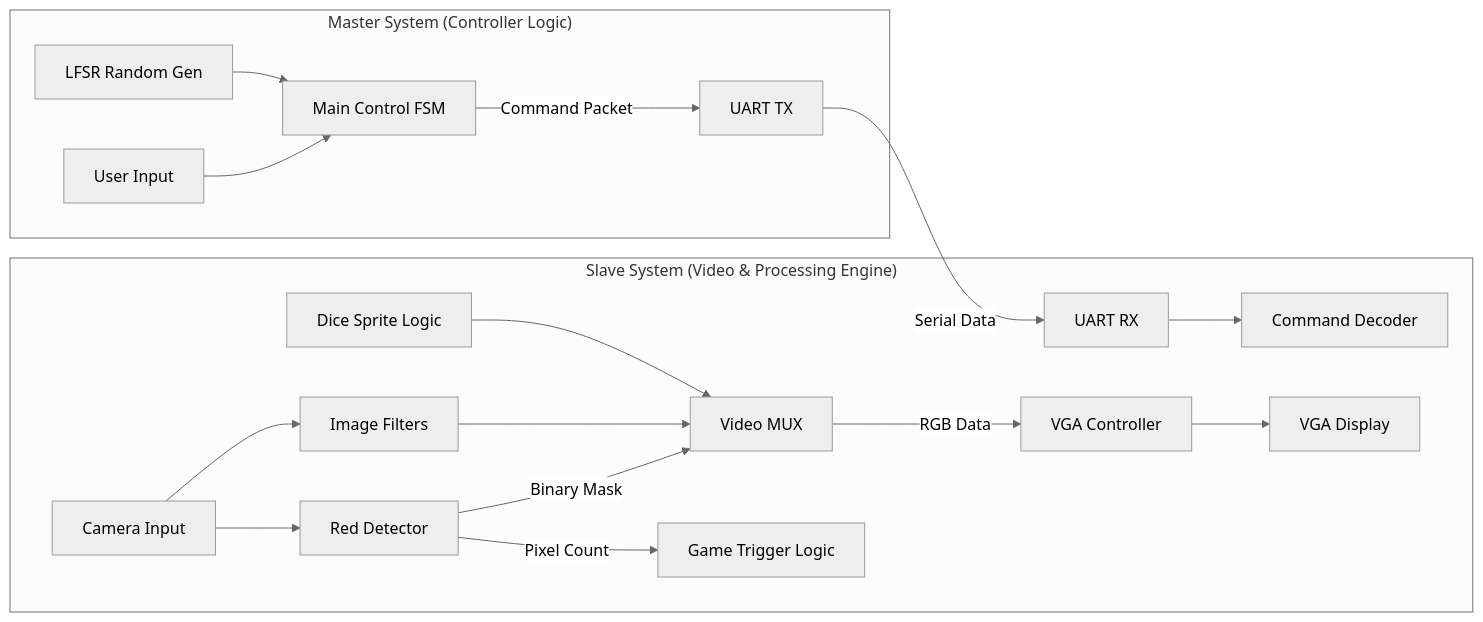
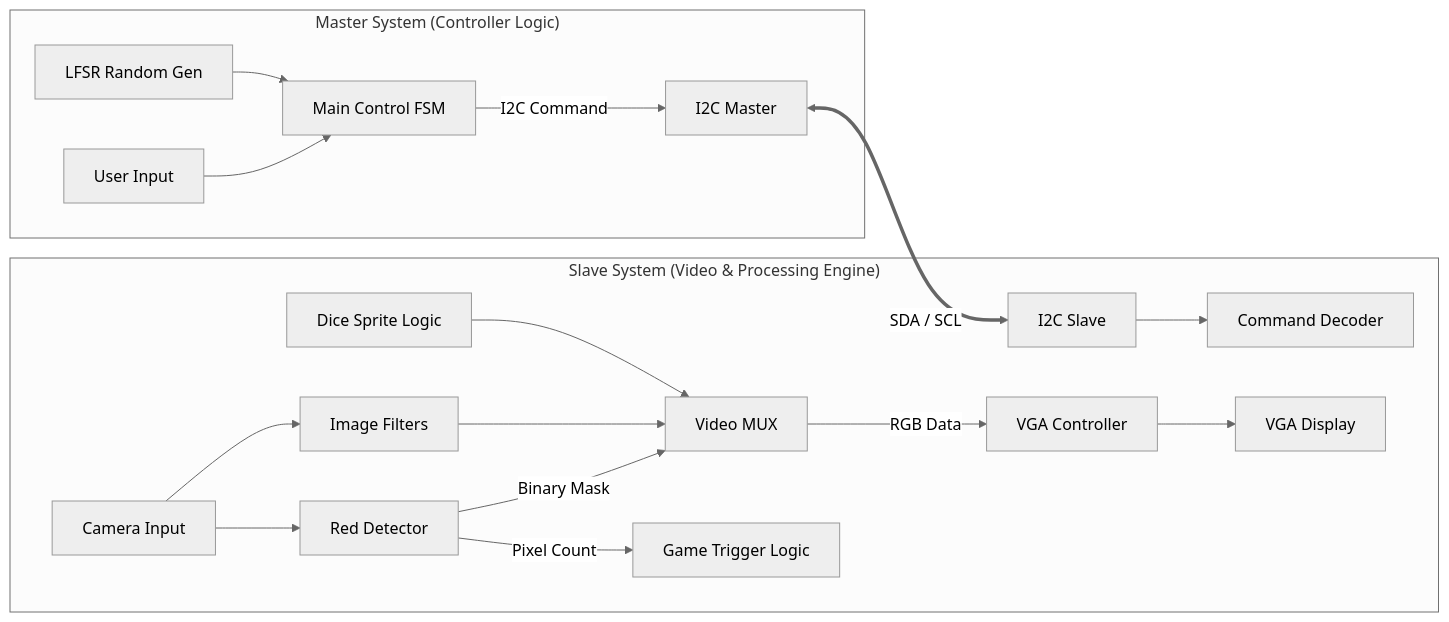
One commit to hyun1006/Real-time-VGA-Processing-Filter-Dice-Game changed the diagram in README.md. Above: the diagram before and after it, drawn with Mermaid (neutral theme). The commit also changed other lines of this file, not shown here.

````diff
--- a/README.md
+++ b/README.md
@@ -67,26 +85,26 @@
 ```mermaid
 graph LR
     subgraph "Master System (Controller Logic)"
-        UI[User Input] --> FSM_M[Main Control FSM]
-        LFSR[LFSR Random Gen] --> FSM_M
-        FSM_M -->|Command Packet| TX[UART TX]
+        UI["User Input"] --> FSM_M["Main Control FSM"]
+        LFSR["LFSR Random Gen"] --> FSM_M
+        FSM_M -->|"I2C Command"| I2C_M["I2C Master"]
     end
 
-    TX -->|Serial Data| RX
+    I2C_M <==>|"SDA / SCL"| I2C_S
 
     subgraph "Slave System (Video & Processing Engine)"
-        RX[UART RX] --> DEC[Command Decoder]
+        I2C_S["I2C Slave"] --> DEC["Command Decoder"]
         
-        CAM[Camera Input] --> RED_DET[Red Detector]
-        CAM --> FILTER[Image Filters]
+        CAM["Camera Input"] --> RED_DET["Red Detector"]
+        CAM --> FILTER["Image Filters"]
         
-        RED_DET -->|Binary Mask| MUX
-        RED_DET -->|Pixel Count| LOGIC[Game Trigger Logic]
+        RED_DET -->|"Binary Mask"| MUX
+        RED_DET -->|"Pixel Count"| LOGIC["Game Trigger Logic"]
         
-        FILTER --> MUX[Video MUX]
-        DICE[Dice Sprite Logic] --> MUX
+        FILTER --> MUX["Video MUX"]
+        DICE["Dice Sprite Logic"] --> MUX
         
-        MUX -->|RGB Data| VGA_CORE[VGA Controller]
-        VGA_CORE --> MONITOR[VGA Display]
+        MUX -->|"RGB Data"| VGA_CORE["VGA Controller"]
+        VGA_CORE --> MONITOR["VGA Display"]
     end
 ```
````
